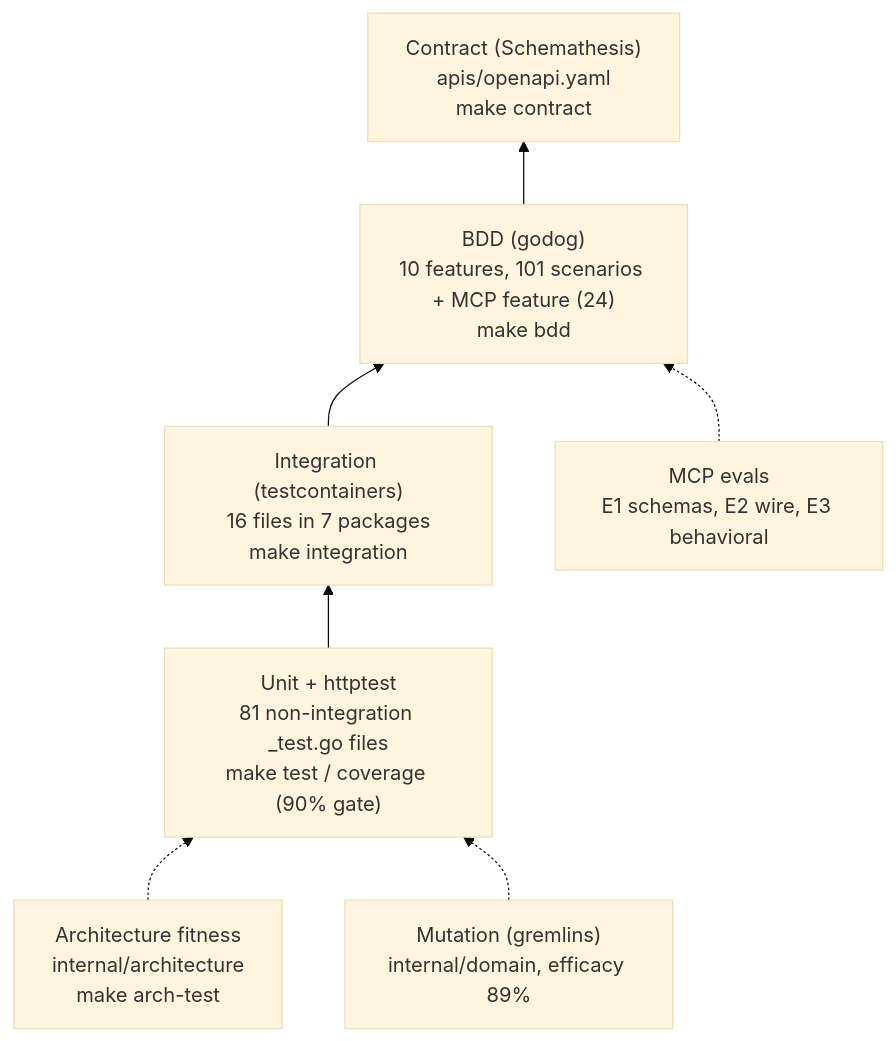
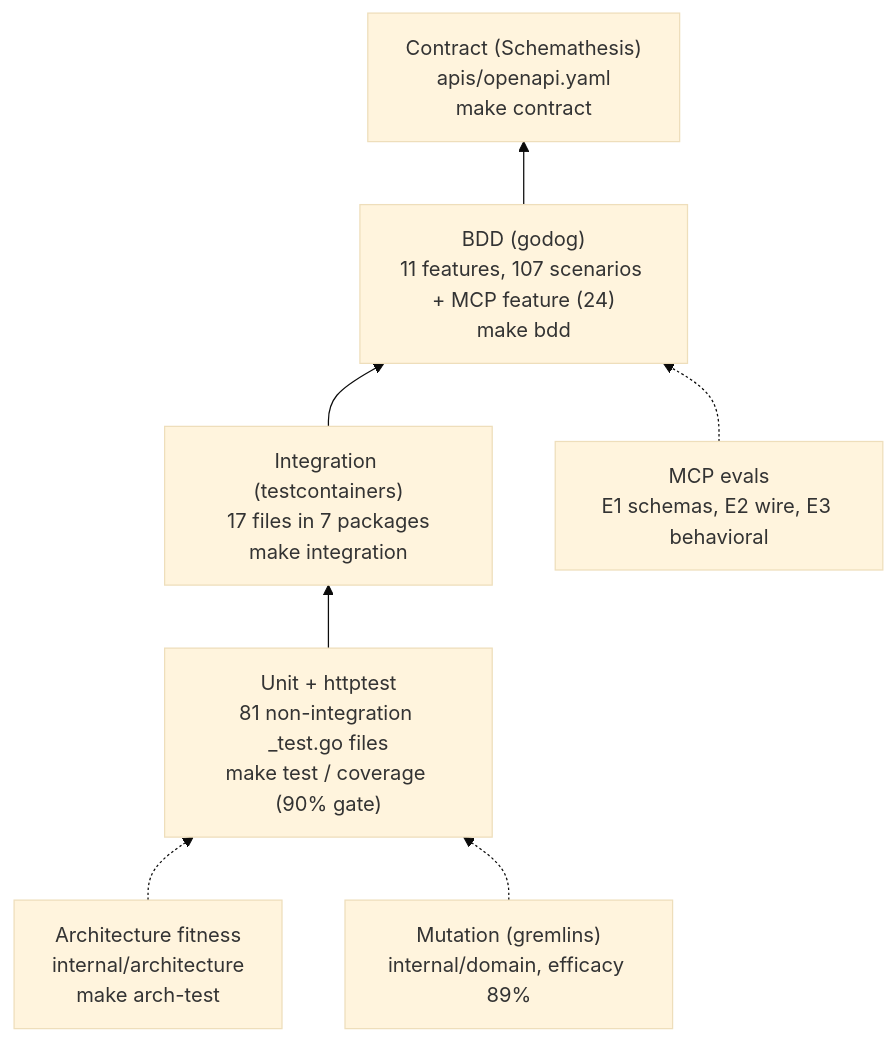
One commit to IQVO/facility-layout changed the diagram in docs/docs/development/testing.md. Above: the diagram before and after it, drawn with Mermaid (base theme). The commit also changed other lines of this file and 47 other files, not shown here.

````diff
--- a/docs/docs/development/testing.md
+++ b/docs/docs/development/testing.md
@@ -14,14 +14,14 @@
 ```mermaid
 flowchart BT
   unit["Unit + httptest<br/>81 non-integration _test.go files<br/>make test / coverage (90% gate)"]
   arch["Architecture fitness<br/>internal/architecture<br/>make arch-test"]
-  bdd["BDD (godog)<br/>10 features, 101 scenarios + MCP feature (24)<br/>make bdd"]
-  integ["Integration (testcontainers)<br/>16 files in 7 packages<br/>make integration"]
+  bdd["BDD (godog)<br/>11 features, 107 scenarios + MCP feature (24)<br/>make bdd"]
+  integ["Integration (testcontainers)<br/>17 files in 7 packages<br/>make integration"]
   contract["Contract (Schemathesis)<br/>apis/openapi.yaml<br/>make contract"]
   evals["MCP evals<br/>E1 schemas, E2 wire, E3 behavioral"]
   mut["Mutation (gremlins)<br/>internal/domain, efficacy 89%"]
   unit --> integ --> bdd --> contract
   arch -.-> unit
   evals -.-> bdd
   mut -.-> unit
 ```
````
